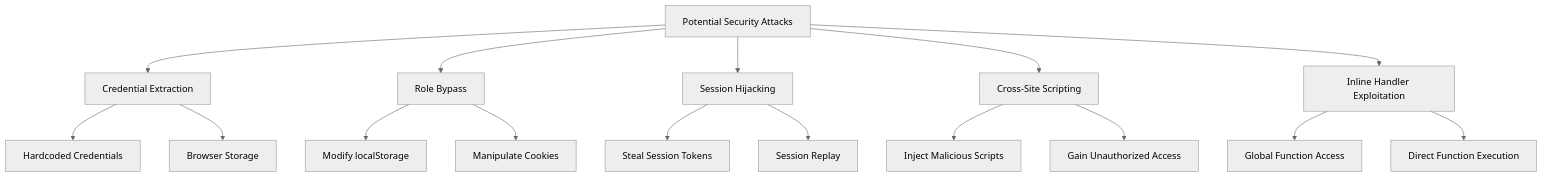
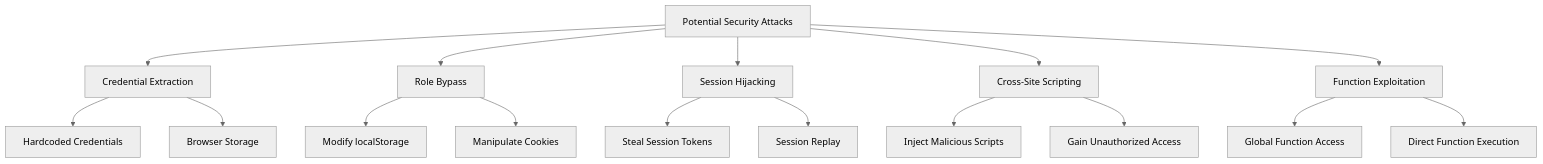
One commit to Rehanpatel3858/BusTrack-Pro changed diagram 11 of 11 in .qoder/repowiki/en/content/Authentication System.md. Above: the diagram before and after it, drawn with Mermaid (neutral theme). The commit also changed other lines of this file and 3 other files, not shown here.

````diff
--- a/.qoder/repowiki/en/content/Authentication System.md
+++ b/.qoder/repowiki/en/content/Authentication System.md
@@ -464,18 +551,18 @@
 ```mermaid
 flowchart TD
 Attack["Potential Security Attacks"] --> Extract["Credential Extraction"]
 Attack --> RoleBypass["Role Bypass"]
 Attack --> SessionTheft["Session Hijacking"]
 Attack --> XSS["Cross-Site Scripting"]
-Attack --> InlineHandler["Inline Handler Exploitation"]
+Attack --> FunctionExploit["Function Exploitation"]
 Extract --> Hardcoded["Hardcoded Credentials"]
 Extract --> Storage["Browser Storage"]
 RoleBypass --> Modify["Modify localStorage"]
 RoleBypass --> Cookie["Manipulate Cookies"]
 SessionTheft --> Steal["Steal Session Tokens"]
 SessionTheft --> Replay["Session Replay"]
 XSS --> Inject["Inject Malicious Scripts"]
 XSS --> Access["Gain Unauthorized Access"]
-InlineHandler --> GlobalAccess["Global Function Access"]
-InlineHandler --> DirectExecution["Direct Function Execution"]
+FunctionExploit --> GlobalAccess["Global Function Access"]
+FunctionExploit --> DirectExecution["Direct Function Execution"]
 ```
````
